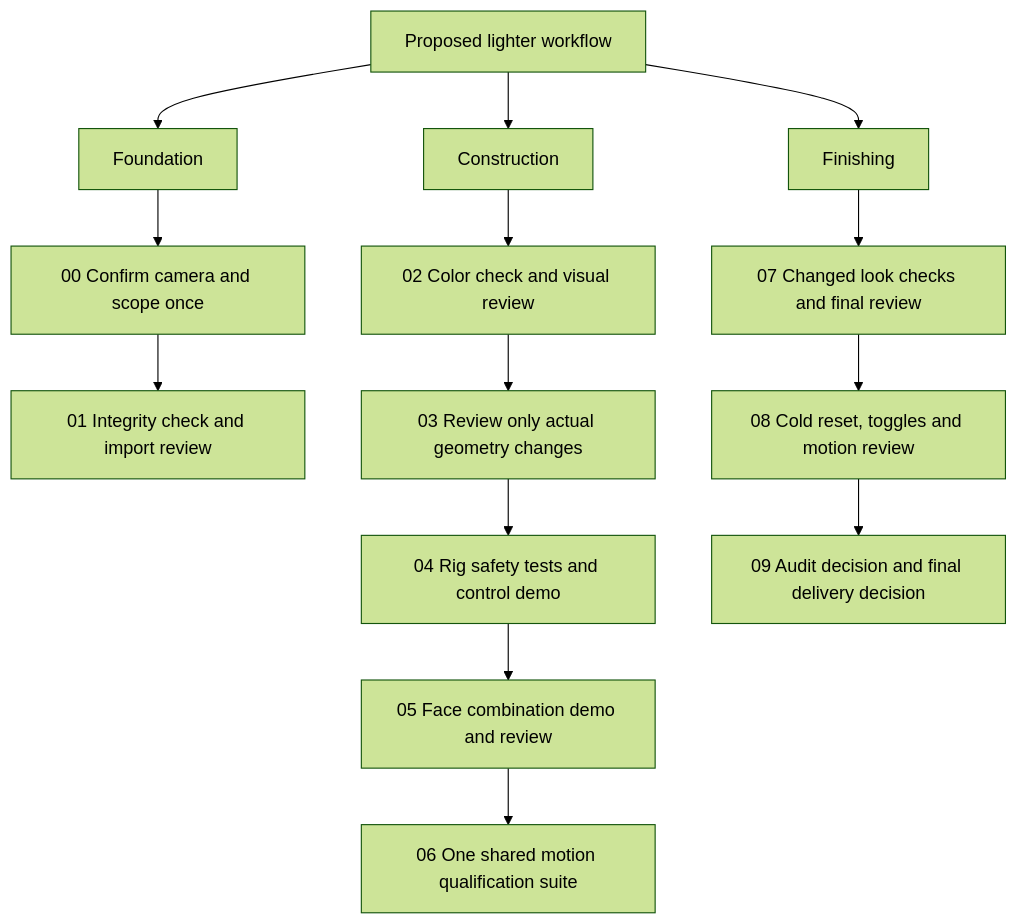
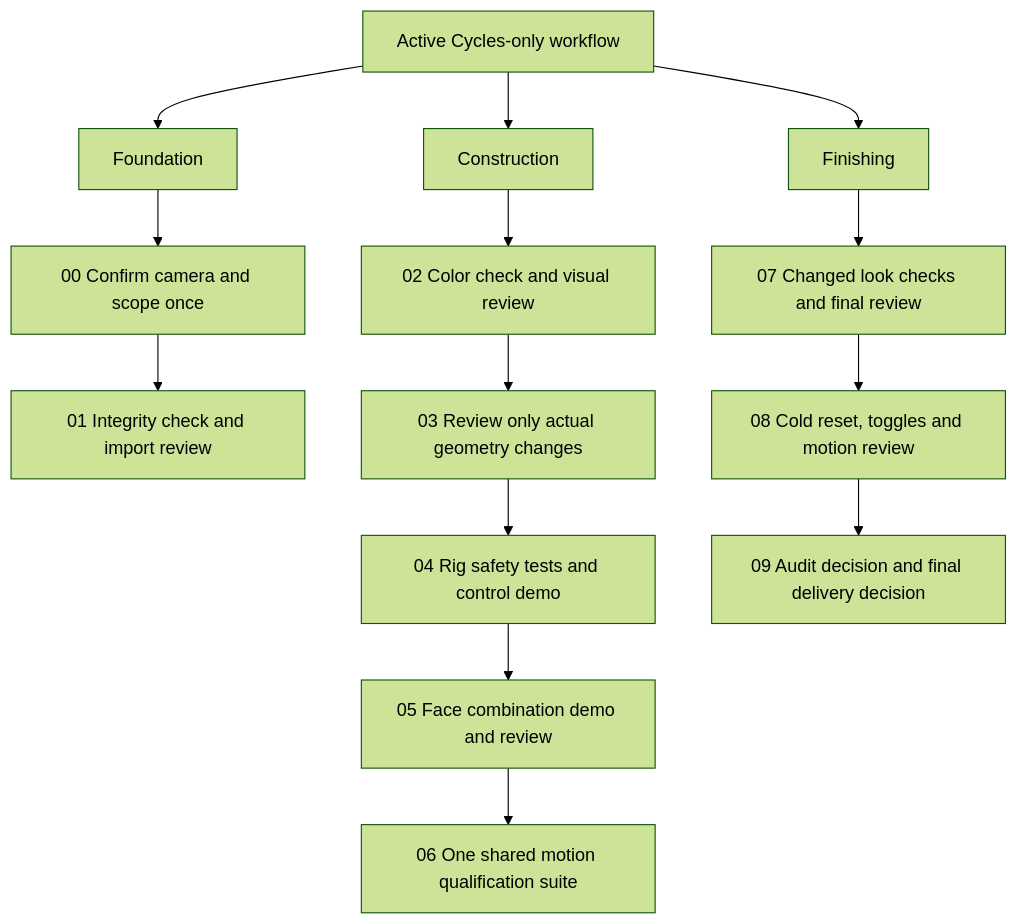
The second of 3 diagrams in WORKFLOW_COMPARISON.md (AlexV4981/PMX--Blender), drawn with Mermaid (forest theme) before and after one commit. The commit also changed other lines of this file and 51 other files, not shown here.

Commit message:
Apply lightweight Cycles-only workflow and consolidate final review decisions

````diff
--- a/WORKFLOW_COMPARISON.md
+++ b/WORKFLOW_COMPARISON.md
@@ -161,16 +161,16 @@
 ```mermaid
 flowchart TD
-  R["Proposed lighter workflow"] --> F["Foundation"]
+  R["Active Cycles-only workflow"] --> F["Foundation"]
   R --> C["Construction"]
   R --> D["Finishing"]
   F --> S00["00 Confirm camera and scope once"]
   S00 --> S01["01 Integrity check and import review"]
   C --> S02["02 Color check and visual review"]
   S02 --> S03["03 Review only actual geometry changes"]
   S03 --> S04["04 Rig safety tests and control demo"]
   S04 --> S05["05 Face combination demo and review"]
   S05 --> S06["06 One shared motion qualification suite"]
   D --> S07["07 Changed look checks and final review"]
   S07 --> S08["08 Cold reset, toggles and motion review"]
   S08 --> S09["09 Audit decision and final delivery decision"]
 ```
````
